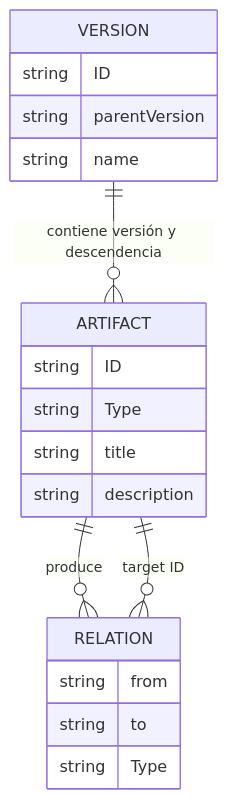
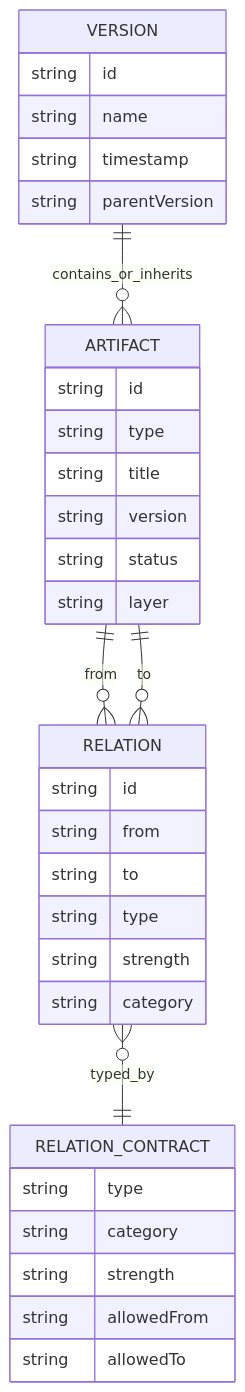
Before and after one commit to donartcha/OpenLAG: the second of 2 diagrams in DOCUMENTACION_OPENLAG.md, drawn with Mermaid. The commit also changed other lines of this file and 27 other files, not shown here.

````diff
--- a/DOCUMENTACION_OPENLAG.md
+++ b/DOCUMENTACION_OPENLAG.md
@@ -149,22 +634,40 @@
 ```mermaid
 erDiagram
-    VERSION ||--o{ ARTIFACT : "contiene versión y descendencia"
+    VERSION ||--o{ ARTIFACT : "contains_or_inherits"
+    ARTIFACT ||--o{ RELATION : "from"
+    RELATION }o--|| ARTIFACT : "to"
+    RELATION }o--|| RELATION_CONTRACT : "typed_by"
+
     VERSION {
-        string ID
+        string id
+        string name
+        string timestamp
         string parentVersion
-        string name
     }
-    ARTIFACT ||--o{ RELATION : produce
+
     ARTIFACT {
-        string ID
-        string Type
+        string id
+        string type
         string title
-        string description
+        string version
+        string status
+        string layer
     }
-    RELATION }o--|| ARTIFACT : "target ID"
+
     RELATION {
+        string id
         string from
         string to
-        string Type
+        string type
+        string strength
+        string category
+    }
+
+    RELATION_CONTRACT {
+        string type
+        string category
+        string strength
+        string allowedFrom
+        string allowedTo
     }
 ```
````
